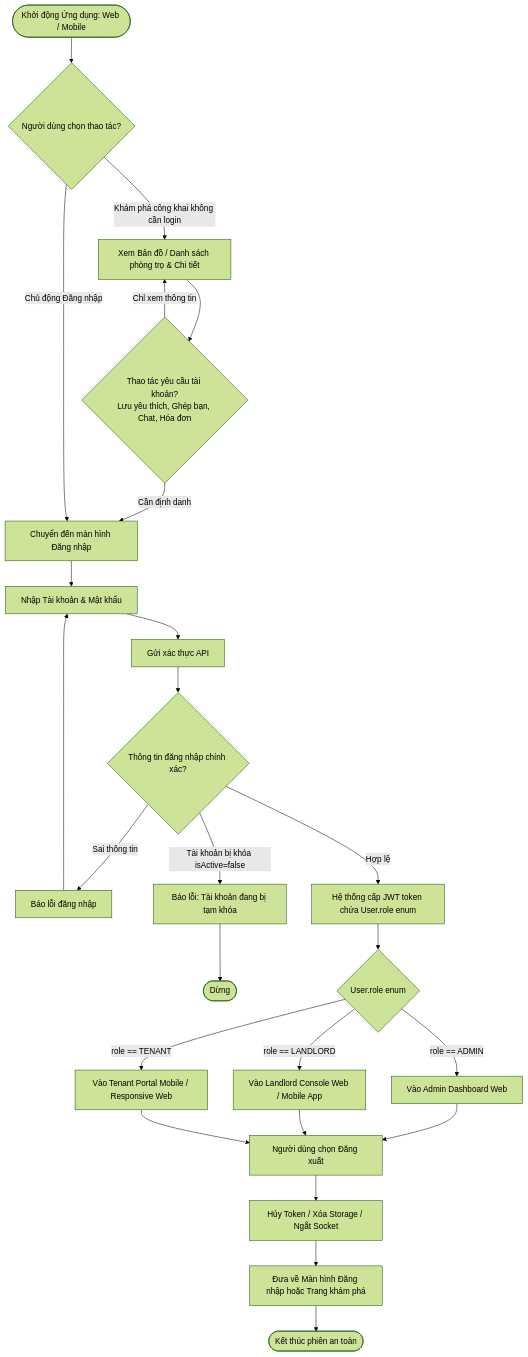
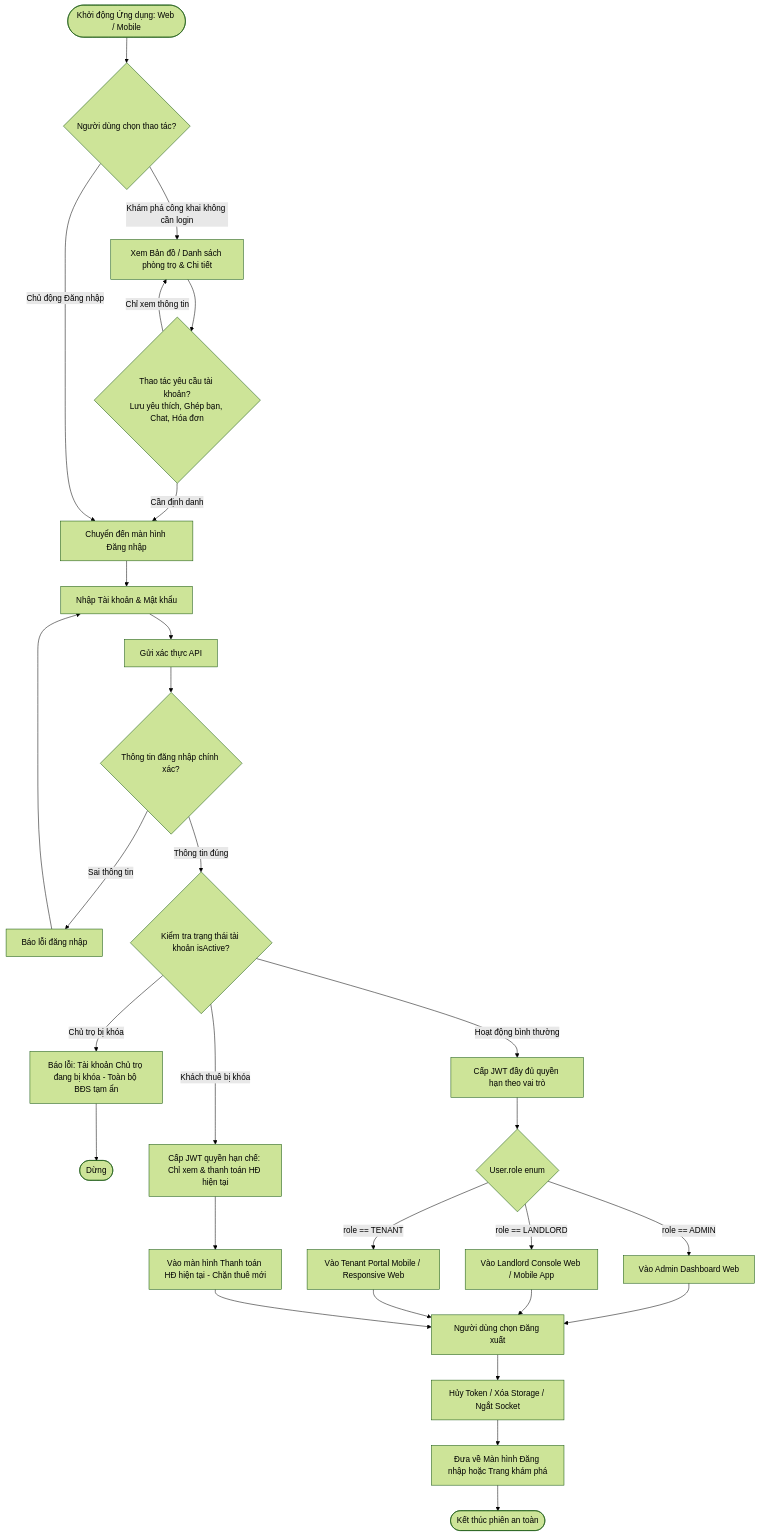
Before and after one commit to pbl6-home-renter/docs: the diagram in phase-1/discovery/user_flow/shared_user_flow.md, drawn with Mermaid (forest theme). The commit also changed other lines of this file and 3 other files, not shown here.

````diff
--- a/phase-1/discovery/user_flow/shared_user_flow.md
+++ b/phase-1/discovery/user_flow/shared_user_flow.md
@@ -25,37 +32,43 @@
 ```mermaid
 flowchart TD
     AppStart([Khởi động Ứng dụng: Web / Mobile]) --> CheckPublicAction{Người dùng chọn thao tác?}
     
     %% Nhánh 1: Khám phá công khai (Guest)
     CheckPublicAction -->|Khám phá công khai không cần login| GuestBrowse[Xem Bản đồ / Danh sách phòng trọ & Chi tiết]
     GuestBrowse --> NeedProtectedAction{Thao tác yêu cầu tài khoản?<br>Lưu yêu thích, Ghép bạn, Chat, Hóa đơn}
     NeedProtectedAction -->|Chỉ xem thông tin| GuestBrowse
     NeedProtectedAction -->|Cần định danh| TriggerLogin[Chuyển đến màn hình Đăng nhập]
     
     %% Nhánh 2: Chủ động đăng nhập
     CheckPublicAction -->|Chủ động Đăng nhập| TriggerLogin
     
     TriggerLogin --> InputCreds[Nhập Tài khoản & Mật khẩu]
     InputCreds --> SubmitAuth[Gửi xác thực API]
     
     SubmitAuth --> ValidateAuth{Thông tin đăng nhập chính xác?}
     ValidateAuth -->|Sai thông tin| ShowAuthErr[Báo lỗi đăng nhập] --> InputCreds
-    ValidateAuth -->|Tài khoản bị khóa isActive=false| ShowLockErr[Báo lỗi: Tài khoản đang bị tạm khóa] --> EndBlocked([Dừng])
     
-    ValidateAuth -->|Hợp lệ| IssueJWT[Hệ thống cấp JWT token chứa User.role enum]
+    ValidateAuth -->|Thông tin đúng| CheckActive{Kiểm tra trạng thái tài khoản isActive?}
+    
+    CheckActive -->|Chủ trọ bị khóa| BlockLL[Báo lỗi: Tài khoản Chủ trọ đang bị khóa - Toàn bộ BĐS tạm ẩn] --> EndBlocked([Dừng])
+    CheckActive -->|Khách thuê bị khóa| IssueRestrictedJWT[Cấp JWT quyền hạn chế: Chỉ xem & thanh toán HĐ hiện tại]
+    CheckActive -->|Hoạt động bình thường| IssueNormalJWT[Cấp JWT đầy đủ quyền hạn theo vai trò]
     
     %% Điều hướng theo Role bất biến
-    IssueJWT --> RouteByRole{User.role enum}
+    IssueNormalJWT --> RouteByRole{User.role enum}
+    IssueRestrictedJWT --> GoTenantRestricted[Vào màn hình Thanh toán HĐ hiện tại - Chặn thuê mới]
+    
     RouteByRole -->|role == ADMIN| GoAdmin[Vào Admin Dashboard Web]
     RouteByRole -->|role == LANDLORD| GoLandlord[Vào Landlord Console Web / Mobile App]
     RouteByRole -->|role == TENANT| GoTenant[Vào Tenant Portal Mobile / Responsive Web]
     
     %% Đăng xuất cho cả 3 vai trò
     GoAdmin --> DoLogout[Người dùng chọn Đăng xuất]
     GoLandlord --> DoLogout
     GoTenant --> DoLogout
+    GoTenantRestricted --> DoLogout
     
     DoLogout --> ClearSession[Hủy Token / Xóa Storage / Ngắt Socket]
     ClearSession --> RedirectGuest[Đưa về Màn hình Đăng nhập hoặc Trang khám phá]
     RedirectGuest --> EndSession([Kết thúc phiên an toàn])
 ```
````
